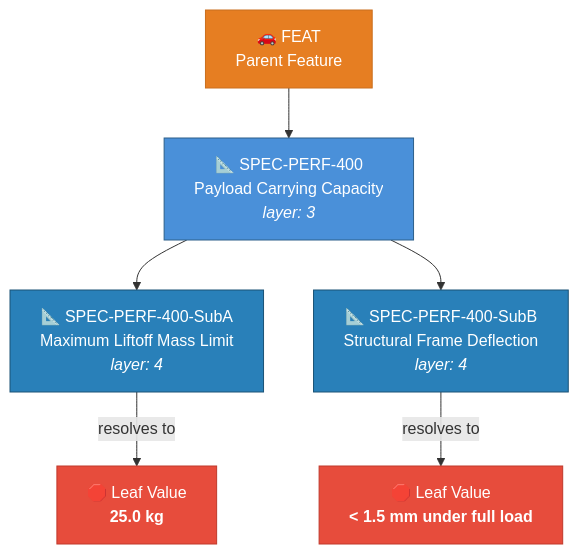
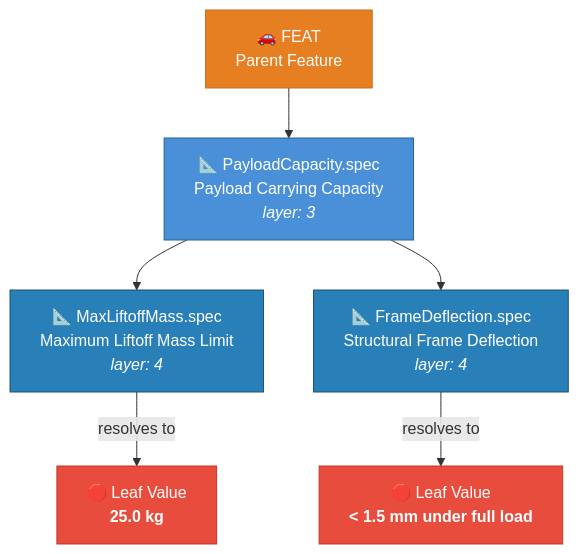
One commit to hanasaki/hanaden-bwrap-enhanced changed the first of 2 diagrams in docs/doc-templates/20260816-035419-161812-77ab-8fb0-d4d2c0e1cb0d-SpecificationTmpl.tmpl-0.0.1.md. Above: the diagram before and after it, drawn with Mermaid. The commit also changed other lines of this file, not shown here.

````diff
--- a/docs/doc-templates/20260816-035419-161812-77ab-8fb0-d4d2c0e1cb0d-SpecificationTmpl.tmpl-0.0.1.md
+++ b/docs/doc-templates/20260816-035419-161812-77ab-8fb0-d4d2c0e1cb0d-SpecificationTmpl.tmpl-0.0.1.md
@@ -49,23 +49,23 @@
 ```mermaid
 flowchart TD
     FEAT["🚗 FEAT<br/>Parent Feature"]:::feat
 
-    SP["📐 SPEC-PERF-400<br/>Payload Carrying Capacity<br/><i>layer: 3</i>"]:::spec
+    SP["📐 PayloadCapacity.spec<br/>Payload Carrying Capacity<br/><i>layer: 3</i>"]:::spec
 
-    SPA["📐 SPEC-PERF-400-SubA<br/>Maximum Liftoff Mass Limit<br/><i>layer: 4</i>"]:::sub
-    SPB["📐 SPEC-PERF-400-SubB<br/>Structural Frame Deflection<br/><i>layer: 4</i>"]:::sub
+    SPA["📐 MaxLiftoffMass.spec<br/>Maximum Liftoff Mass Limit<br/><i>layer: 4</i>"]:::sub
+    SPB["📐 FrameDeflection.spec<br/>Structural Frame Deflection<br/><i>layer: 4</i>"]:::sub
 
     LA["🛑 Leaf Value<br/><b>25.0 kg</b>"]:::leaf
     LB["🛑 Leaf Value<br/><b>&lt; 1.5 mm under full load</b>"]:::leaf
 
     FEAT --> SP
     SP --> SPA
     SP --> SPB
     SPA -->|"resolves to"| LA
     SPB -->|"resolves to"| LB
 
     classDef feat fill:#e67e22,stroke:#ca6f1e,color:#fff
     classDef spec fill:#4a90d9,stroke:#2c5f8a,color:#fff
     classDef sub  fill:#2980b9,stroke:#1a5276,color:#fff
     classDef leaf fill:#e74c3c,stroke:#c0392b,color:#fff
 ```
````
